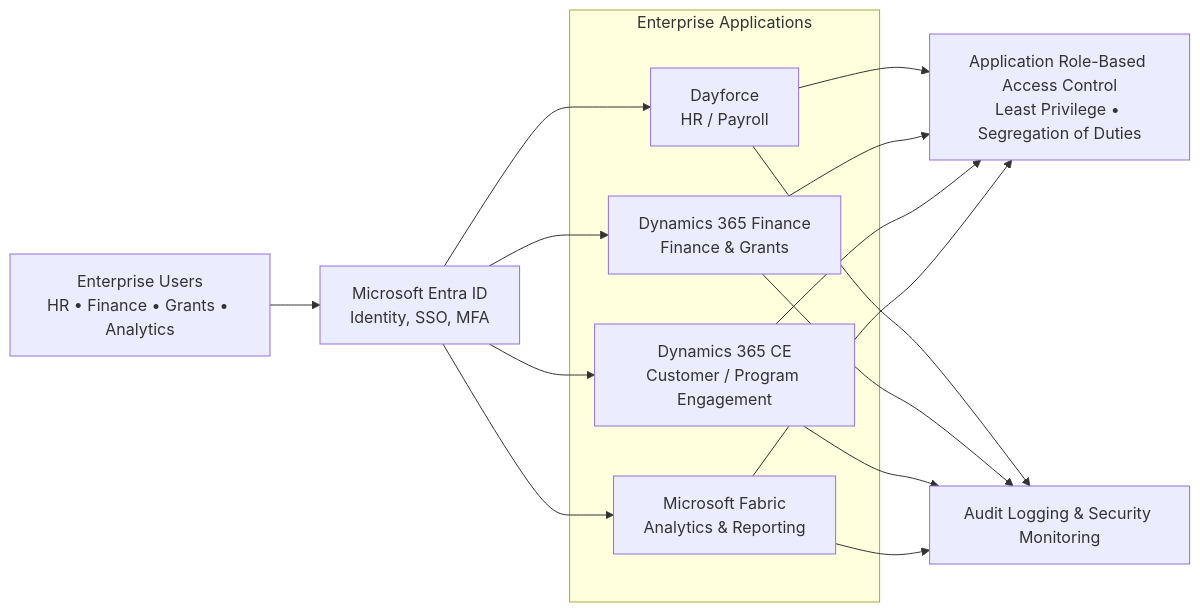
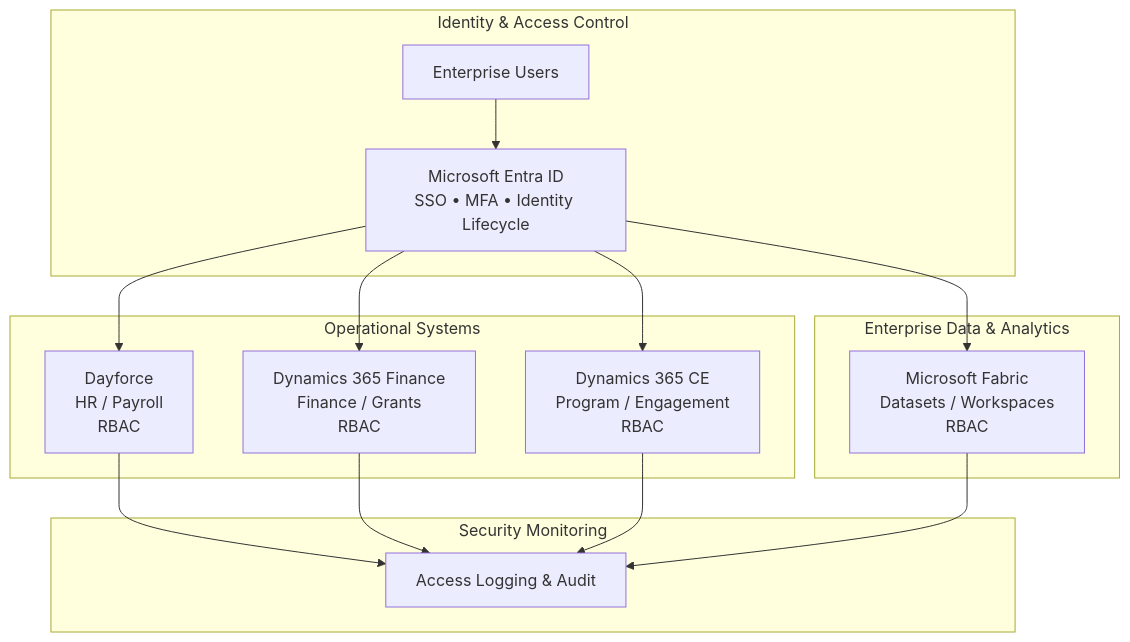
Before and after one commit to stimm-solutionstreet/AIR: diagram 11 of 12 in README.md, drawn with Mermaid.

Commit message:
Updated security diagram so RBAC is not implied to be an centralized external component

````diff
--- a/README.md
+++ b/README.md
@@ -430,38 +430,39 @@
 ```mermaid
-flowchart LR
+flowchart TB
+%%{init: { "flowchart": { "subGraphTitleMargin": { "top": 0, "bottom": 10 } } } }%%
 
-    %% Identity
-    USERS[Enterprise Users<br/>HR • Finance • Grants • Analytics]
-    ENTRA[Microsoft Entra ID<br/>Identity, SSO, MFA]
+%% Identity
+subgraph ID["Identity & Access Control"]
+    USERS[Enterprise Users]
+    ENTRA[Microsoft Entra ID<br/>SSO • MFA • Identity Lifecycle]
+end
 
-    USERS --> ENTRA
+USERS --> ENTRA
 
-    %% Application layer
-    subgraph APPS["Enterprise Applications"]
-        DAY[Dayforce<br/>HR / Payroll]
-        D365F[Dynamics 365 Finance<br/>Finance & Grants]
-        D365CE[Dynamics 365 CE<br/>Customer / Program Engagement]
-        FAB[Microsoft Fabric<br/>Analytics & Reporting]
-    end
+%% Operational systems
+subgraph OPS["Operational Systems"]
+    DAY[Dayforce<br/>HR / Payroll<br/>RBAC]
+    D365F[Dynamics 365 Finance<br/>Finance / Grants<br/>RBAC]
+    D365CE[Dynamics 365 CE<br/>Program / Engagement<br/>RBAC]
+end
 
-    ENTRA --> DAY
-    ENTRA --> D365F
-    ENTRA --> D365CE
-    ENTRA --> FAB
+%% Analytics
+subgraph DATA["Enterprise Data & Analytics"]
+    FAB[Microsoft Fabric<br/>Datasets / Workspaces<br/>RBAC]
+end
 
-    %% Authorization layer
-    AUTH[Application Role-Based Access Control<br/>Least Privilege • Segregation of Duties]
+%% Monitoring
+subgraph MON["Security Monitoring"]
+    LOG[Access Logging & Audit]
+end
 
-    DAY --> AUTH
-    D365F --> AUTH
-    D365CE --> AUTH
-    FAB --> AUTH
+ENTRA --> DAY
+ENTRA --> D365F
+ENTRA --> D365CE
+ENTRA --> FAB
 
-    %% Monitoring
-    MON[Audit Logging & Security Monitoring]
-
-    DAY --> MON
-    D365F --> MON
-    D365CE --> MON
-    FAB --> MON
+DAY --> LOG
+D365F --> LOG
+D365CE --> LOG
+FAB --> LOG
 ```
````
